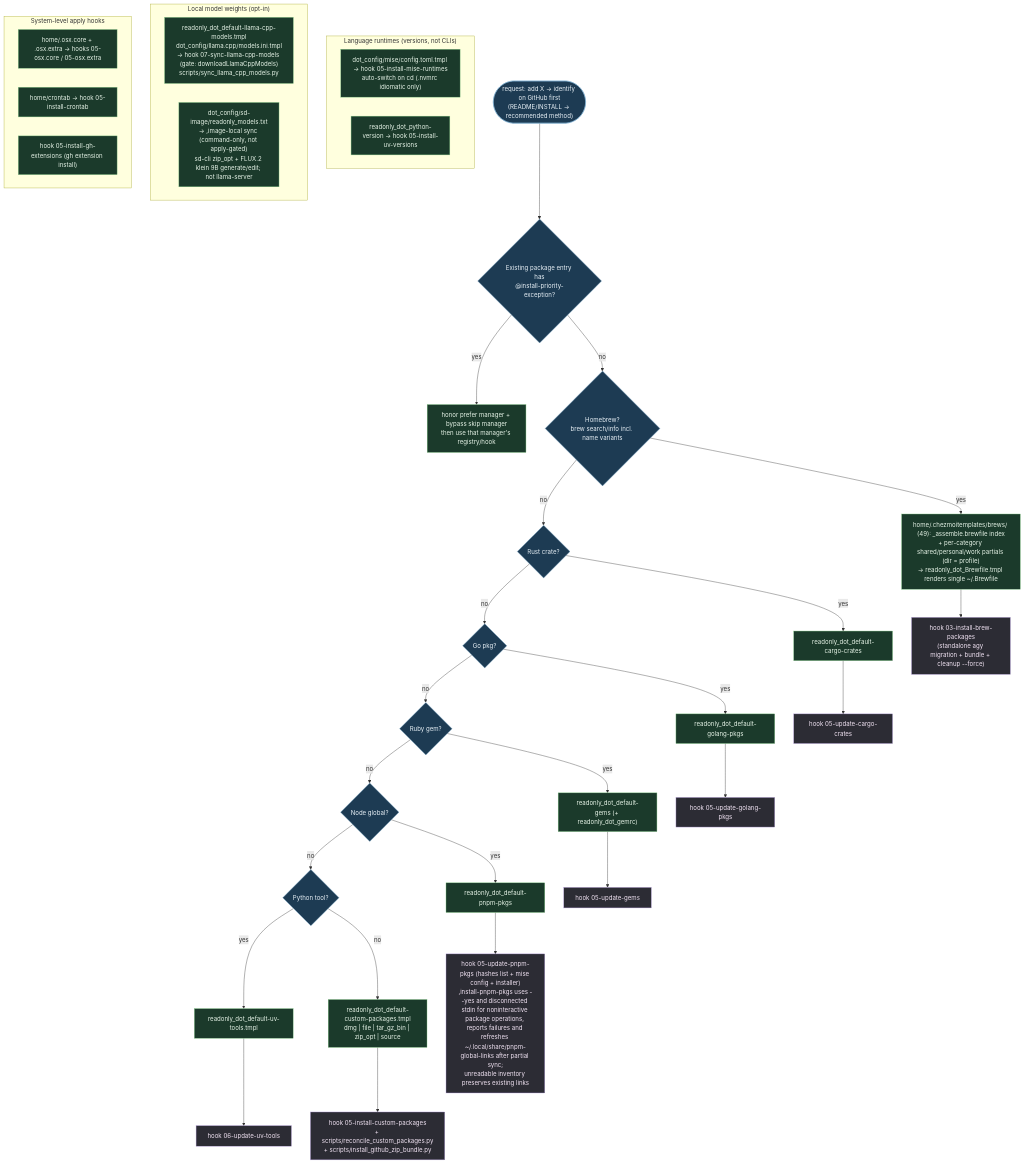
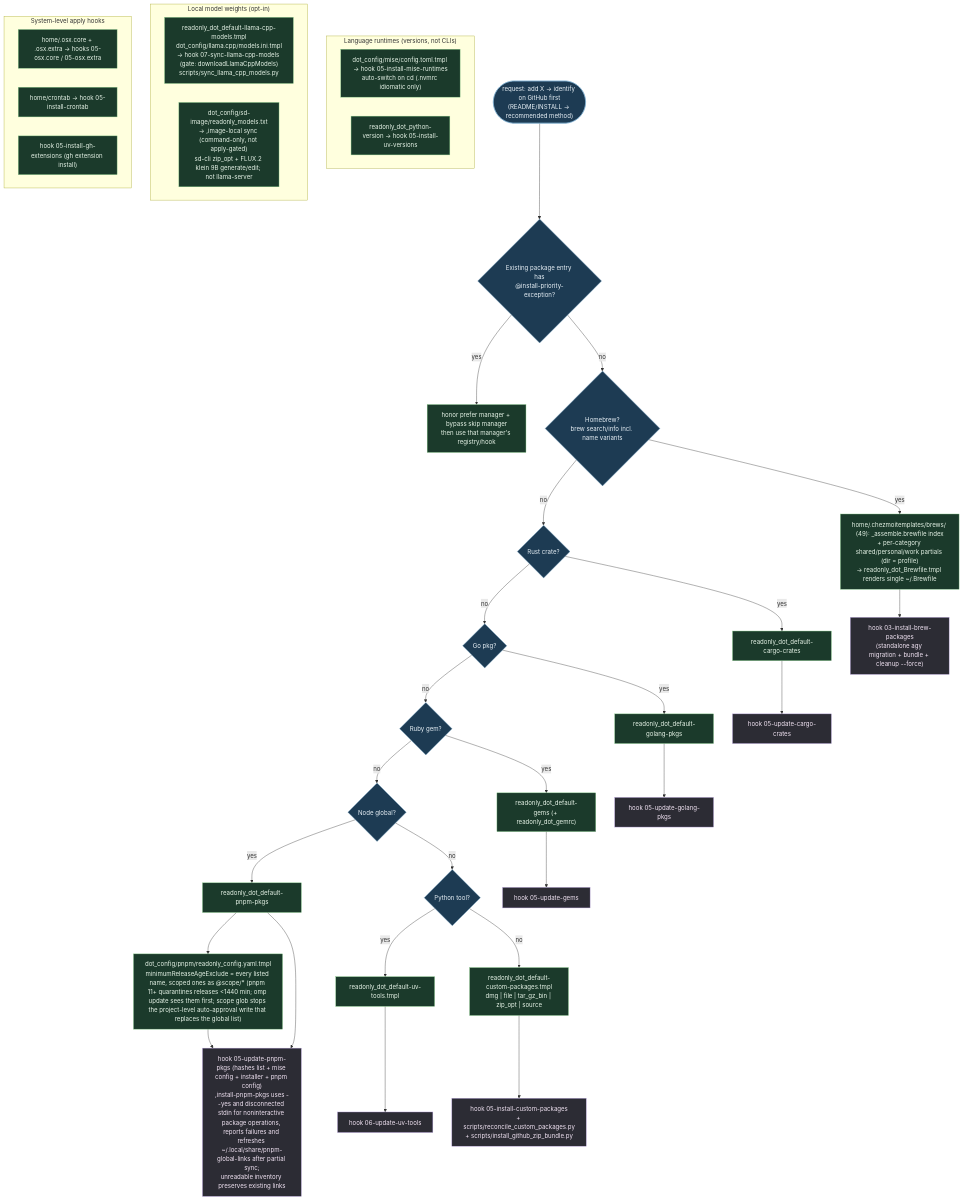
One commit to kapral18/dotfiles changed the diagram in .mermaids/02-package-management.mmd. Above: the diagram before and after it, drawn with Mermaid. The commit also changed 51 other files, not shown here.

First line of the commit message:
feat(ai): switch OpenRouter defaults and mechanical lanes to GLM 5.3 Flash, exempt managed pnpm packages from release-age quarantine, and keep Claude compaction inside Copilot's billed prompt limit

```diff
--- a/.mermaids/02-package-management.mmd
+++ b/.mermaids/02-package-management.mmd
@@ -1,52 +1,54 @@
 %% ============================================================================
 %% 02-package-management.mmd — "add X" decision ladder + every declarative
 %% package list and its sync hook. Honor colocated priority exceptions, otherwise
 %% stop at the first suitable match top-down.
 %% Lists live at home/readonly_dot_default-* (deployed to ~/.default-*).
 %% ============================================================================
 flowchart TD
     classDef q fill:#1d3b53,stroke:#7fb3d5,color:#eaf2f8;
     classDef reg fill:#1b3a2b,stroke:#81c784,color:#e8f5e9;
     classDef hook fill:#2c2c34,stroke:#b39ddb,color:#f3e5f5;
 
     ADD(["request: add X → identify on GitHub first<br/>(README/INSTALL → recommended method)"]):::q
 
     ADD --> EXCEPTION{"Existing package entry has<br/>@install-priority-exception?"}:::q
     EXCEPTION -- yes --> OVERRIDE["honor prefer manager + bypass skip manager<br/>then use that manager's registry/hook"]:::reg
     EXCEPTION -- no --> BREW{"Homebrew?<br/>brew search/info incl. name variants"}:::q
     BREW -- yes --> BREWF["home/.chezmoitemplates/brews/ (49): _assemble.brewfile index<br/>+ per-category shared/personal/work partials (dir = profile)<br/>→ readonly_dot_Brewfile.tmpl renders single ~/.Brewfile"]:::reg
     BREW -- no --> CARGO{Rust crate?}:::q
     CARGO -- yes --> CARGOF["readonly_dot_default-cargo-crates"]:::reg
     CARGO -- no --> GO{Go pkg?}:::q
     GO -- yes --> GOF["readonly_dot_default-golang-pkgs"]:::reg
     GO -- no --> GEM{Ruby gem?}:::q
     GEM -- yes --> GEMF["readonly_dot_default-gems (+ readonly_dot_gemrc)"]:::reg
     GEM -- no --> PNPM{Node global?}:::q
     PNPM -- yes --> PNPMF["readonly_dot_default-pnpm-pkgs"]:::reg
     PNPM -- no --> UV{Python tool?}:::q
     UV -- yes --> UVF["readonly_dot_default-uv-tools.tmpl"]:::reg
     UV -- no --> CUSTOM["readonly_dot_default-custom-packages.tmpl<br/>dmg | file | tar_gz_bin | zip_opt | source"]:::reg
 
     BREWF --> H3["hook 03-install-brew-packages<br/>(standalone agy migration + bundle + cleanup --force)"]:::hook
     CARGOF --> H5c["hook 05-update-cargo-crates"]:::hook
     GOF --> H5g["hook 05-update-golang-pkgs"]:::hook
     GEMF --> H5r["hook 05-update-gems"]:::hook
-    PNPMF --> H5p["hook 05-update-pnpm-pkgs (hashes list + mise config + installer)<br/>,install-pnpm-pkgs uses --yes and disconnected stdin for noninteractive package operations, reports failures and refreshes ~/.local/share/pnpm-global-links after partial sync;<br/>unreadable inventory preserves existing links"]:::hook
+    PNPMF --> PNPMCFG["dot_config/pnpm/readonly_config.yaml.tmpl<br/>minimumReleaseAgeExclude = every listed name, scoped ones as @scope/* (pnpm 11+ quarantines releases &lt;1440 min; omp update sees them first; scope glob stops the project-level auto-approval write that replaces the global list)"]:::reg
+    PNPMCFG --> H5p
+    PNPMF --> H5p["hook 05-update-pnpm-pkgs (hashes list + mise config + installer + pnpm config)<br/>,install-pnpm-pkgs uses --yes and disconnected stdin for noninteractive package operations, reports failures and refreshes ~/.local/share/pnpm-global-links after partial sync;<br/>unreadable inventory preserves existing links"]:::hook
     UVF --> H6["hook 06-update-uv-tools"]:::hook
     CUSTOM --> H5x["hook 05-install-custom-packages<br/>+ scripts/reconcile_custom_packages.py<br/>+ scripts/install_github_zip_bundle.py"]:::hook
 
     subgraph RUNTIMES["Language runtimes (versions, not CLIs)"]
         MISE["dot_config/mise/config.toml.tmpl → hook 05-install-mise-runtimes<br/>auto-switch on cd (.nvmrc idiomatic only)"]:::reg
         PYV["readonly_dot_python-version → hook 05-install-uv-versions"]:::reg
     end
 
     subgraph LOCALAI["Local model weights (opt-in)"]
         LLAMA["readonly_dot_default-llama-cpp-models.tmpl<br/>dot_config/llama.cpp/models.ini.tmpl<br/>→ hook 07-sync-llama-cpp-models (gate: downloadLlamaCppModels)<br/>scripts/sync_llama_cpp_models.py"]:::reg
         SDIMAGE["dot_config/sd-image/readonly_models.txt<br/>→ ,image-local sync (command-only, not apply-gated)<br/>sd-cli zip_opt + FLUX.2 klein 9B generate/edit; not llama-server"]:::reg
     end
 
     subgraph SYSTEM["System-level apply hooks"]
         OSX["home/.osx.core + .osx.extra → hooks 05-osx.core / 05-osx.extra"]:::reg
         CRON["home/crontab → hook 05-install-crontab"]:::reg
         GHEXT["hook 05-install-gh-extensions (gh extension install)"]:::reg
     end
```
